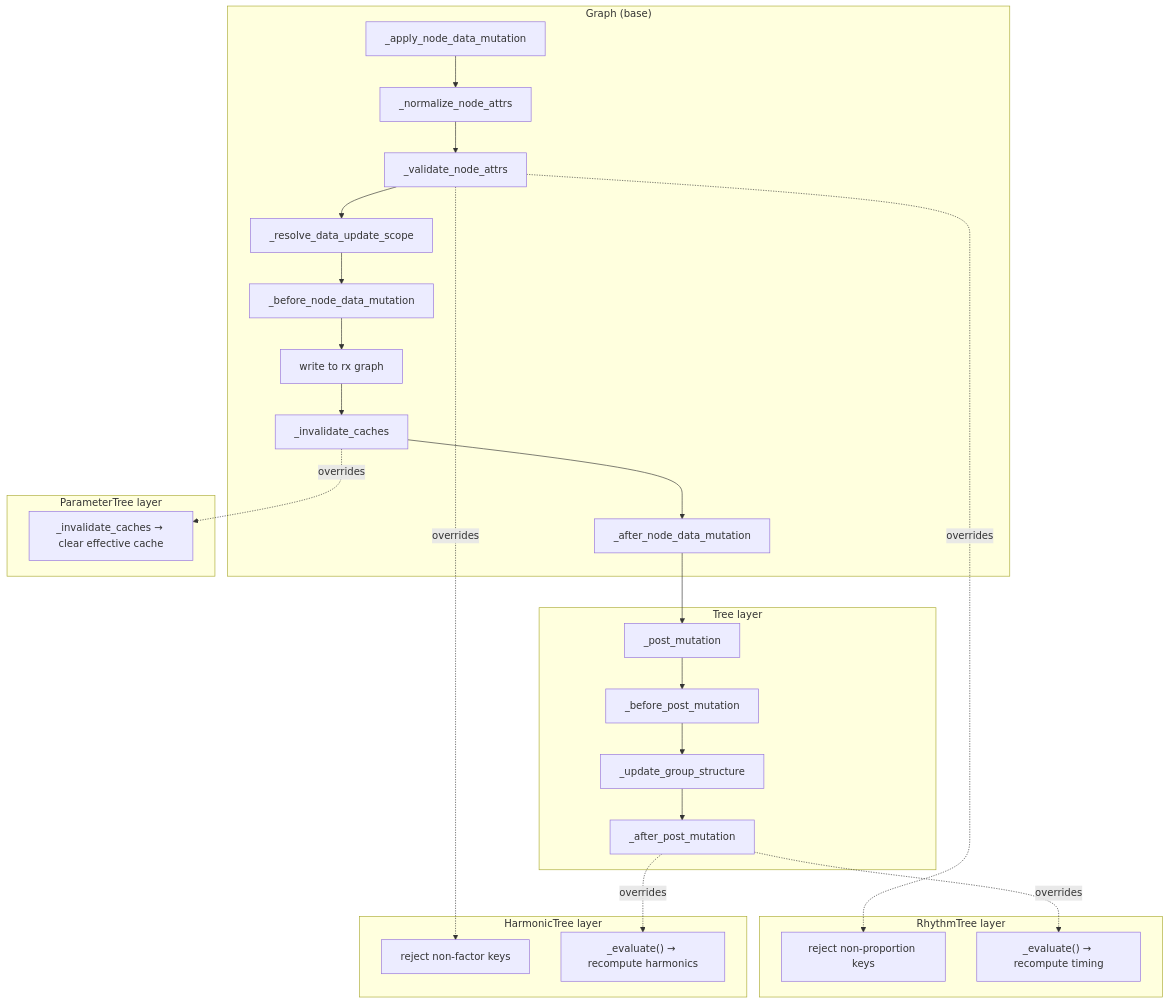
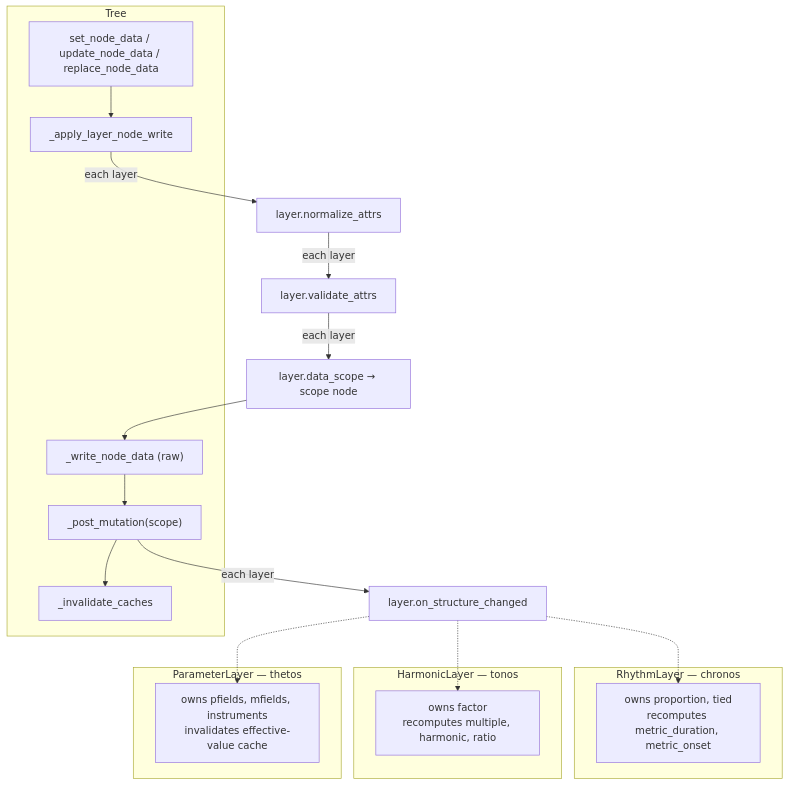
Before and after one commit to kr4g/Klotho: the first of 7 diagrams in docs/architecture/08_DESIGN_PATTERNS.md, drawn with Mermaid. The commit also changed other lines of this file and 13 other files, not shown here.

First line of the commit message:
Overhaul architecture docs for Klotho 10.x API

````diff
--- a/docs/architecture/08_DESIGN_PATTERNS.md
+++ b/docs/architecture/08_DESIGN_PATTERNS.md
@@ -19,36 +22,34 @@
 ```mermaid
 flowchart TD
-    subgraph "Graph (base)"
-        A["_apply_node_data_mutation"]
-        B["_normalize_node_attrs"]
-        C["_validate_node_attrs"]
-        D["_resolve_data_update_scope"]
-        E["_before_node_data_mutation"]
-        F["write to rx graph"]
-        G["_invalidate_caches"]
-        H["_after_node_data_mutation"]
+    subgraph treeBase [Tree]
+        A["set_node_data / update_node_data / replace_node_data"]
+        B["_apply_layer_node_write"]
+        F["_write_node_data (raw)"]
+        G["_post_mutation(scope)"]
+        H["_invalidate_caches"]
     end
 
-    A --> B --> C --> D --> E --> F --> G --> H
+    A --> B
+    B -->|"each layer"| N["layer.normalize_attrs"]
+    N -->|"each layer"| V["layer.validate_attrs"]
+    V -->|"each layer"| S["layer.data_scope → scope node"]
+    S --> F --> G
+    G --> H
+    G -->|"each layer"| R["layer.on_structure_changed"]
 
-    subgraph "Tree layer"
-        H --> I["_post_mutation"]
-        I --> J["_before_post_mutation"]
-        J --> K["_update_group_structure"]
-        K --> L["_after_post_mutation"]
+    subgraph rhythmLayer [RhythmLayer — chronos]
+        R2["owns proportion, tied<br/>recomputes metric_duration, metric_onset"]
     end
 
-    subgraph "RhythmTree layer"
-        C -.->|overrides| C2["reject non-proportion keys"]
-        L -.->|overrides| L2["_evaluate() → recompute timing"]
+    subgraph harmonicLayer [HarmonicLayer — tonos]
+        R3["owns factor<br/>recomputes multiple, harmonic, ratio"]
     end
 
-    subgraph "HarmonicTree layer"
-        C -.->|overrides| C3["reject non-factor keys"]
-        L -.->|overrides| L3["_evaluate() → recompute harmonics"]
+    subgraph paramLayer [ParameterLayer — thetos]
+        R4["owns pfields, mfields, instruments<br/>invalidates effective-value cache"]
     end
 
-    subgraph "ParameterTree layer"
-        G -.->|overrides| G2["_invalidate_caches → clear effective cache"]
-    end
+    R -.-> R2
+    R -.-> R3
+    R -.-> R4
 ```
````
